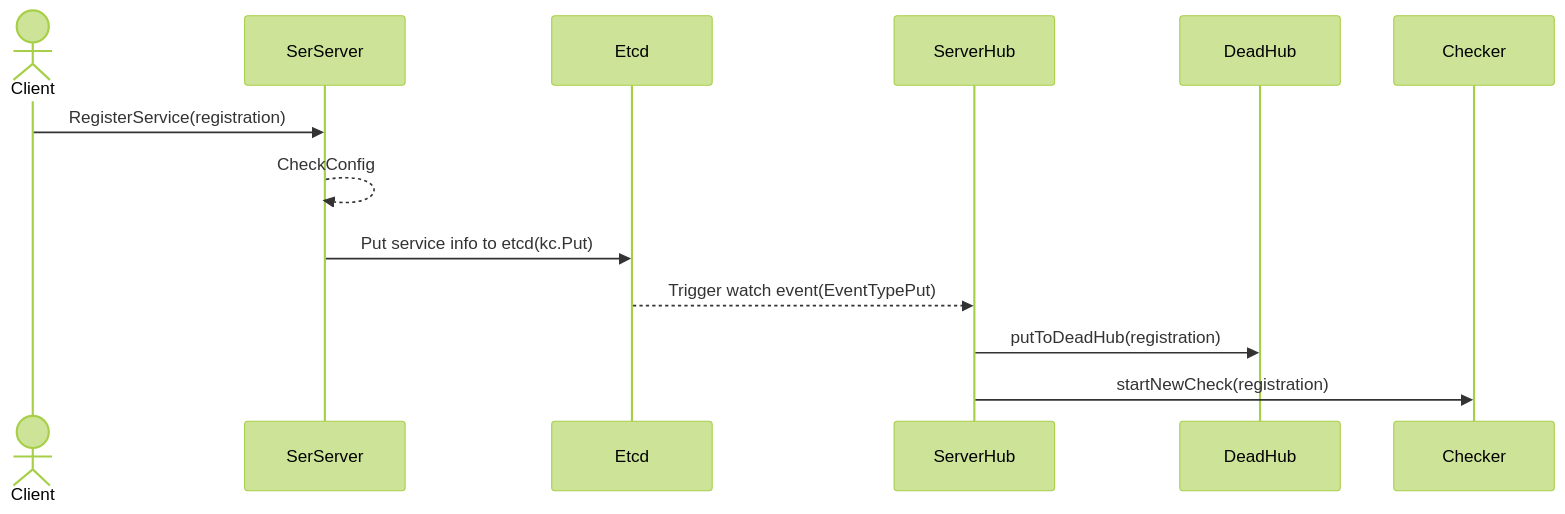
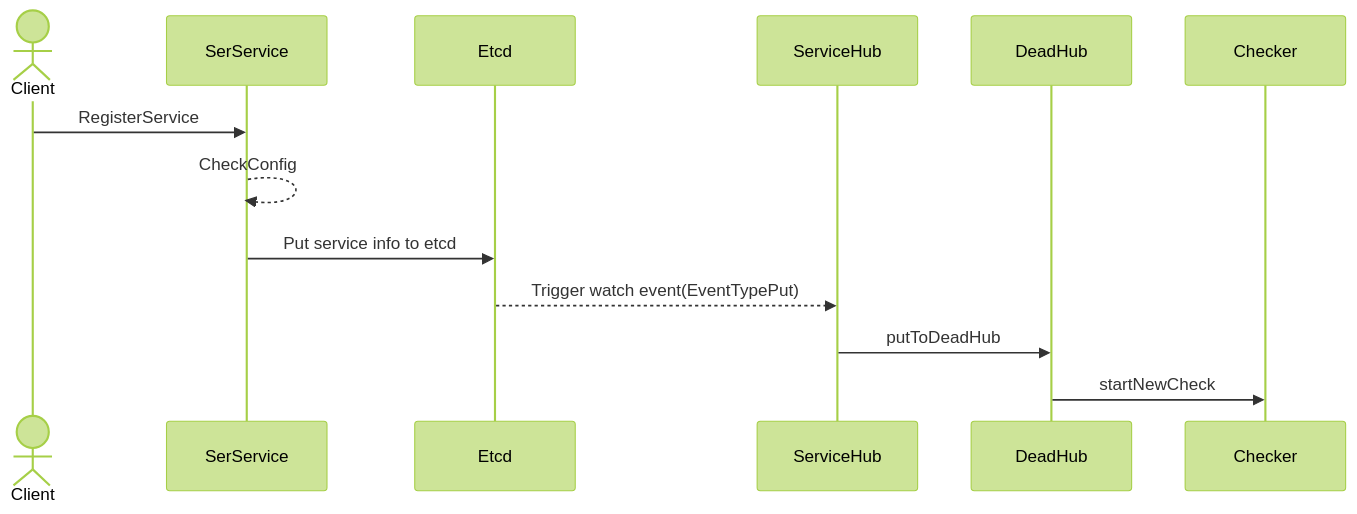
One commit to cruvie/kk_etcd_ui changed the second of 5 diagrams in README.md. Above: the diagram before and after it, drawn with Mermaid (forest theme). The commit also changed other lines of this file and 35 other files, not shown here.

````diff
--- a/README.md
+++ b/README.md
@@ -94,10 +102,10 @@
 ```mermaid
 sequenceDiagram
     actor Client
-    Client ->> SerServer: RegisterService(registration)
-    SerServer -->> SerServer: CheckConfig
-    SerServer ->> Etcd: Put service info to etcd(kc.Put)
-    Etcd -->> ServerHub: Trigger watch event(EventTypePut)
-    ServerHub ->> DeadHub: putToDeadHub(registration)
-    ServerHub ->> Checker: startNewCheck(registration)
+    Client ->> SerService: RegisterService
+    SerService -->> SerService: CheckConfig
+    SerService ->> Etcd: Put service info to etcd
+    Etcd -->> ServiceHub: Trigger watch event(EventTypePut)
+    ServiceHub ->> DeadHub: putToDeadHub
+    DeadHub ->> Checker: startNewCheck
 ```
````
